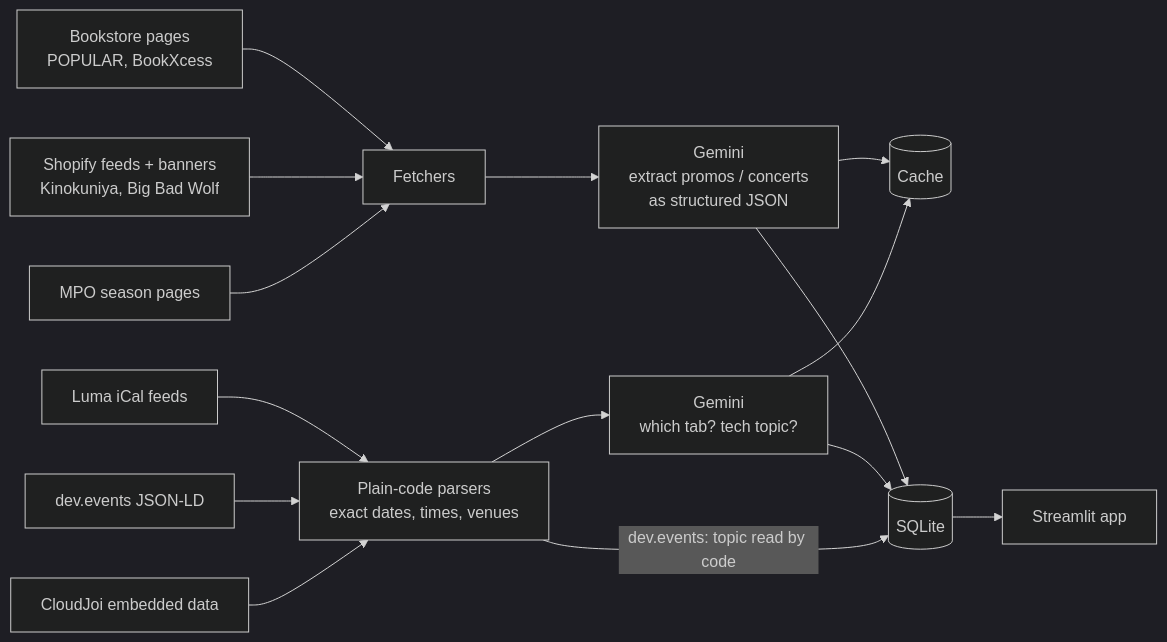
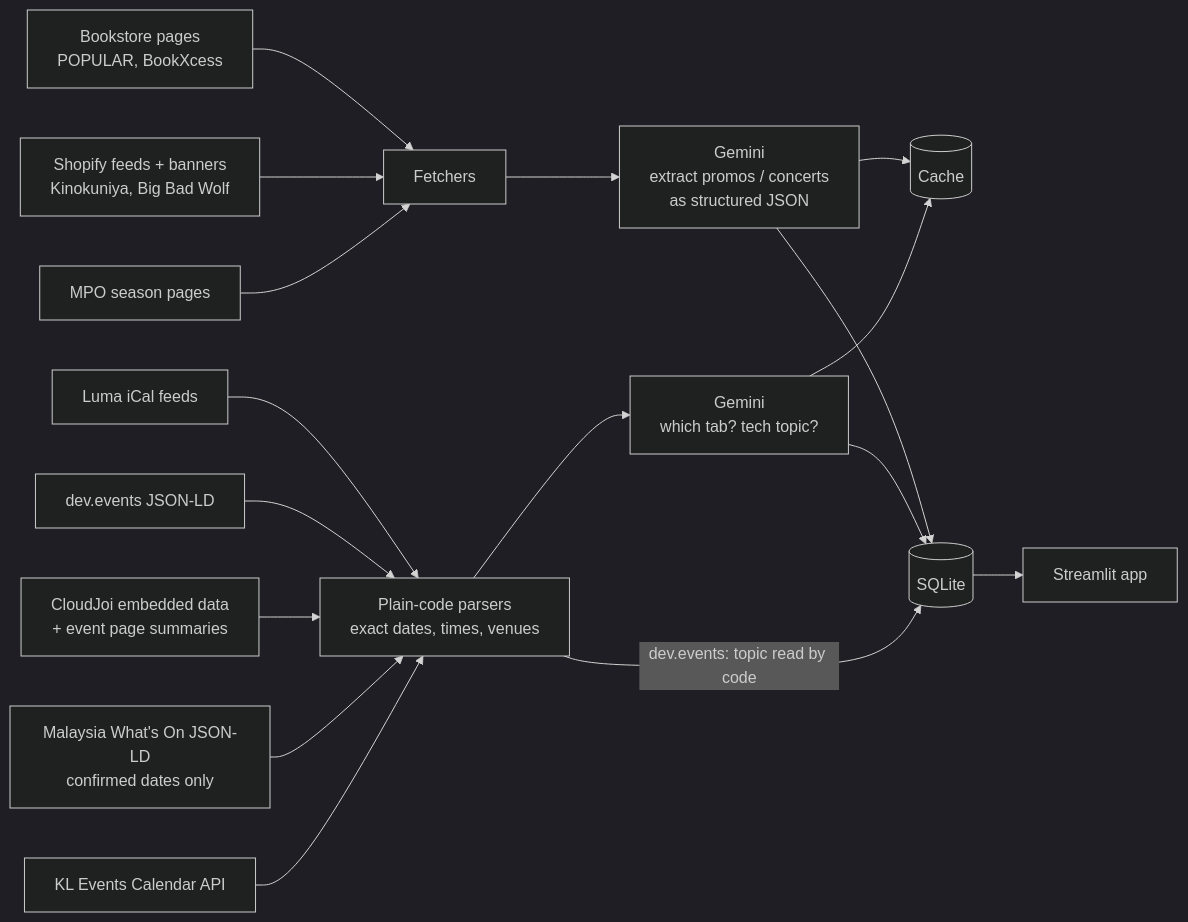
Before and after one commit to mIkhwan-hubgit/events-promos-helper: the diagram in README.md, drawn with Mermaid (dark theme). The commit also changed other lines of this file, not shown here.

````diff
--- a/README.md
+++ b/README.md
@@ -26,17 +28,19 @@
 ```mermaid
 flowchart LR
     A["Bookstore pages<br/>POPULAR, BookXcess"] --> F["Fetchers"]
     B["Shopify feeds + banners<br/>Kinokuniya, Big Bad Wolf"] --> F
     M["MPO season pages"] --> F
     C["Luma iCal feeds"] --> P["Plain-code parsers<br/>exact dates, times, venues"]
     E["dev.events JSON-LD"] --> P
-    J["CloudJoi embedded data"] --> P
+    J["CloudJoi embedded data<br/>+ event page summaries"] --> P
+    W["Malaysia What's On JSON-LD<br/>confirmed dates only"] --> P
+    L["KL Events Calendar API"] --> P
     F --> G["Gemini<br/>extract promos / concerts<br/>as structured JSON"]
     P --> T["Gemini<br/>which tab? tech topic?"]
     G --> K[("Cache")]
     T --> K
     G --> D[("SQLite")]
     T --> D
     P -->|"dev.events: topic read by code"| D
     D --> S["Streamlit app"]
 ```
````
